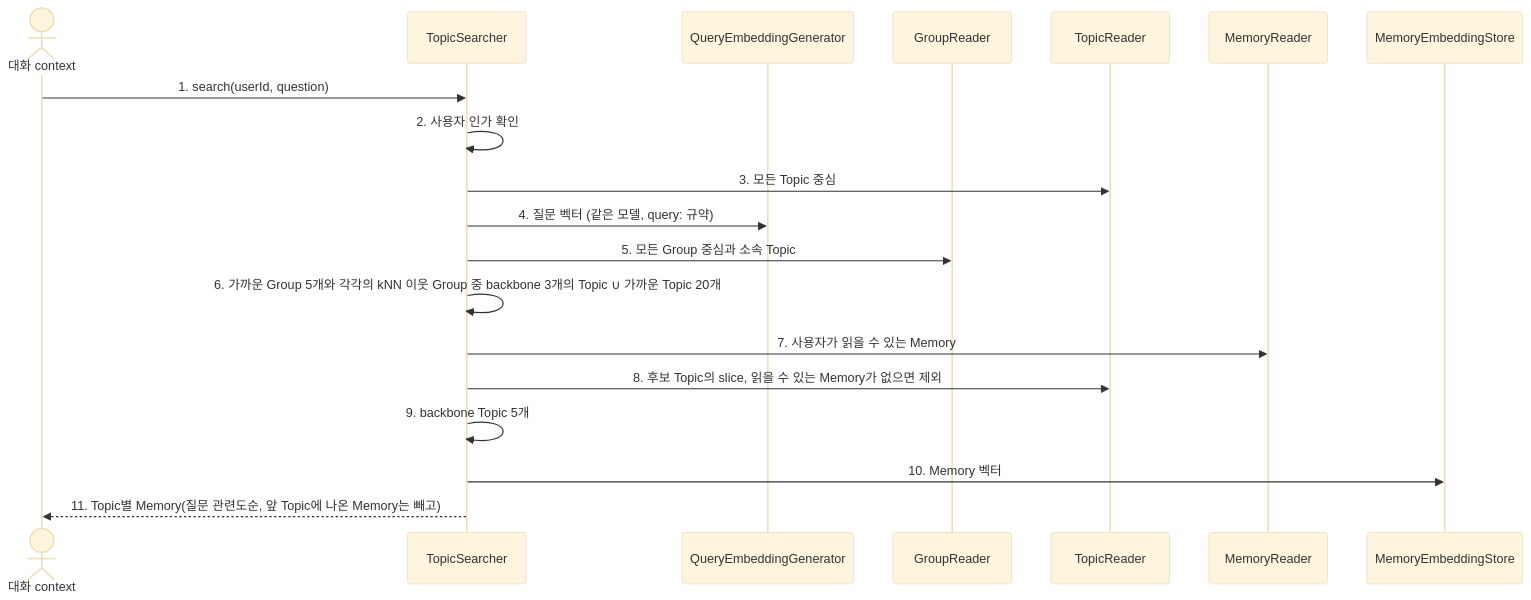
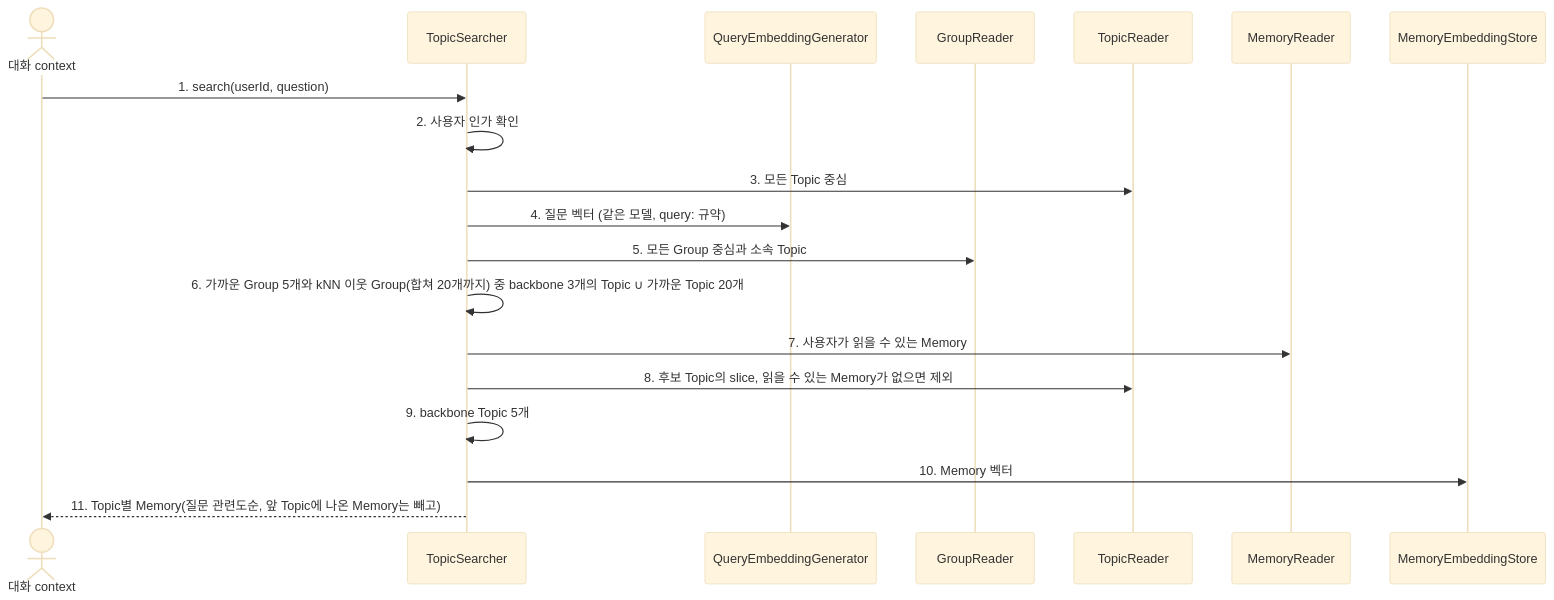
The second of 2 diagrams in application/src/main/kotlin/com/homeassistant/application/usecase/topic/README.md (magenta1223/home_assistant), drawn with Mermaid (base theme) before and after one commit. The commit also changed other lines of this file and 4 other files, not shown here.

````diff
--- a/application/src/main/kotlin/com/homeassistant/application/usecase/topic/README.md
+++ b/application/src/main/kotlin/com/homeassistant/application/usecase/topic/README.md
@@ -66,21 +66,21 @@
 ```mermaid
 sequenceDiagram
     actor Caller as 대화 context
     participant Search as TopicSearcher
     participant Query as QueryEmbeddingGenerator
     participant Groups as GroupReader
     participant Topics as TopicReader
     participant Memories as MemoryReader
     participant Vectors as MemoryEmbeddingStore
     Caller->>Search: 1. search(userId, question)
     Search->>Search: 2. 사용자 인가 확인
     Search->>Topics: 3. 모든 Topic 중심
     Search->>Query: 4. 질문 벡터 (같은 모델, query: 규약)
     Search->>Groups: 5. 모든 Group 중심과 소속 Topic
-    Search->>Search: 6. 가까운 Group 5개와 각각의 kNN 이웃 Group 중 backbone 3개의 Topic ∪ 가까운 Topic 20개
+    Search->>Search: 6. 가까운 Group 5개와 kNN 이웃 Group(합쳐 20개까지) 중 backbone 3개의 Topic ∪ 가까운 Topic 20개
     Search->>Memories: 7. 사용자가 읽을 수 있는 Memory
     Search->>Topics: 8. 후보 Topic의 slice, 읽을 수 있는 Memory가 없으면 제외
     Search->>Search: 9. backbone Topic 5개
     Search->>Vectors: 10. Memory 벡터
     Search-->>Caller: 11. Topic별 Memory(질문 관련도순, 앞 Topic에 나온 Memory는 빼고)
 ```
````
